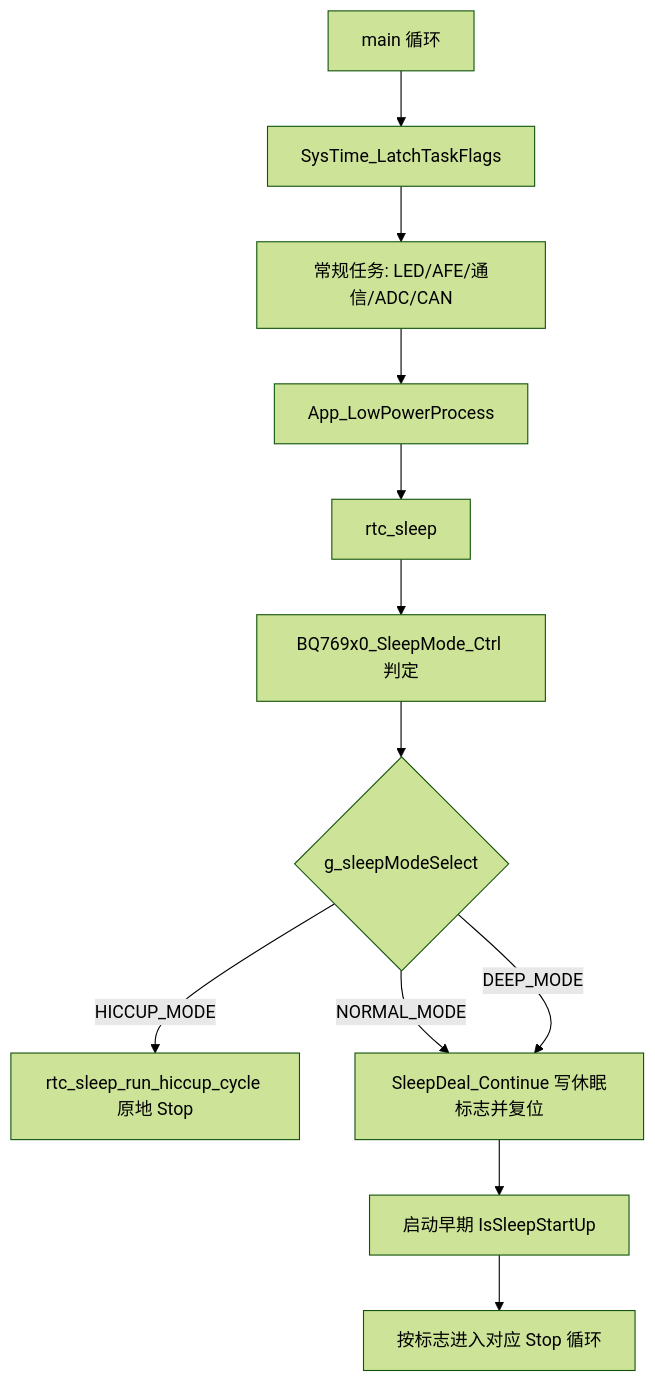
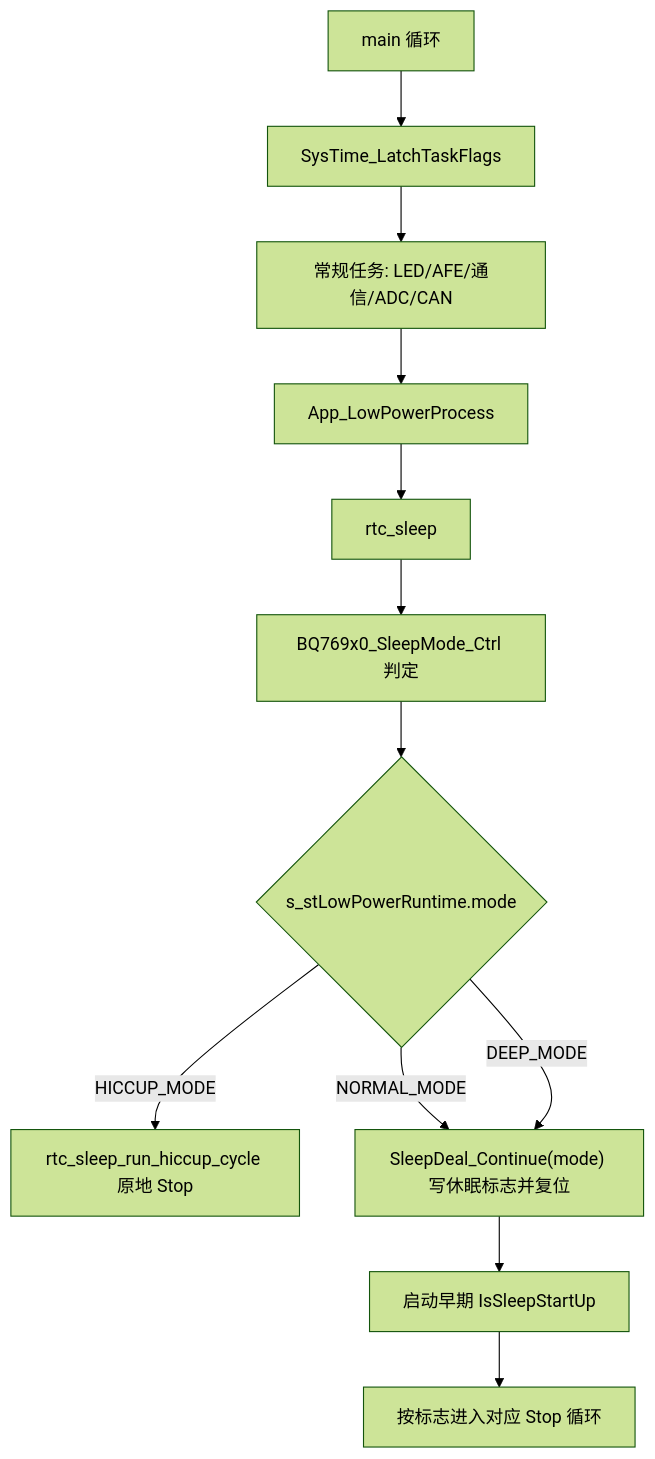
The diagram in 休眠低功耗逻辑梳理与优化建议.md (CS19970929/103-309-template), drawn with Mermaid (forest theme) before and after one commit. The commit also changed other lines of this file and 28 other files, not shown here.

````diff
--- a/休眠低功耗逻辑梳理与优化建议.md
+++ b/休眠低功耗逻辑梳理与优化建议.md
@@ -82,14 +82,14 @@
 ```mermaid
 flowchart TD
     A["main 循环"] --> B["SysTime_LatchTaskFlags"]
     B --> C["常规任务: LED/AFE/通信/ADC/CAN"]
     C --> D["App_LowPowerProcess"]
     D --> E["rtc_sleep"]
     E --> F["BQ769x0_SleepMode_Ctrl 判定"]
-    F --> G{"g_sleepModeSelect"}
+    F --> G{"s_stLowPowerRuntime.mode"}
     G -->|HICCUP_MODE| H["rtc_sleep_run_hiccup_cycle 原地 Stop"]
-    G -->|NORMAL_MODE| I["SleepDeal_Continue 写休眠标志并复位"]
+    G -->|NORMAL_MODE| I["SleepDeal_Continue(mode) 写休眠标志并复位"]
     G -->|DEEP_MODE| I
     I --> J["启动早期 IsSleepStartUp"]
     J --> K["按标志进入对应 Stop 循环"]
 ```
````
